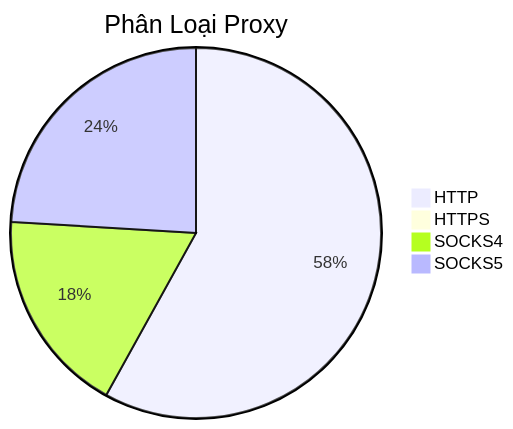
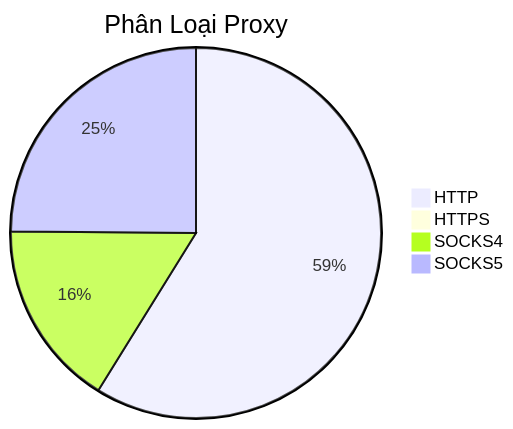
The diagram in README.md (Ciara-12/PROXY-free), drawn with Mermaid before and after one commit. The commit also changed other lines of this file and 4 other files, not shown here.

````diff
--- a/README.md
+++ b/README.md
@@ -26,7 +26,7 @@
 ```mermaid
 pie title Phân Loại Proxy
-    "HTTP" : 898
-    "HTTPS" : 1
-    "SOCKS4" : 277
-    "SOCKS5" : 372
+    "HTTP" : 975
+    "HTTPS" : 0
+    "SOCKS4" : 270
+    "SOCKS5" : 412
 ```
````
